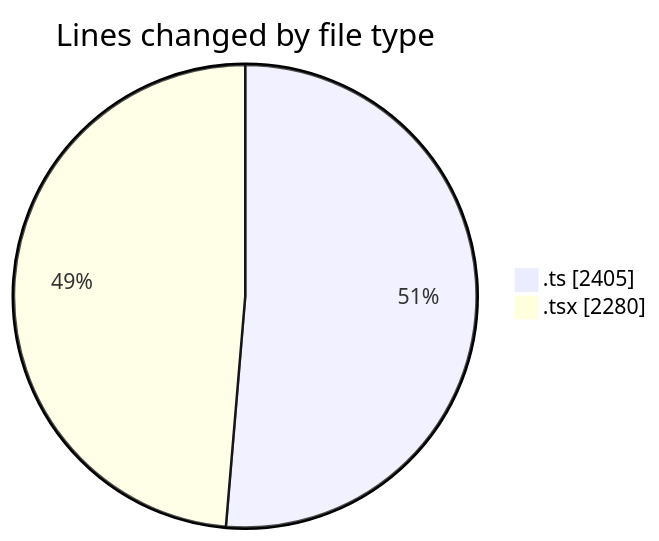
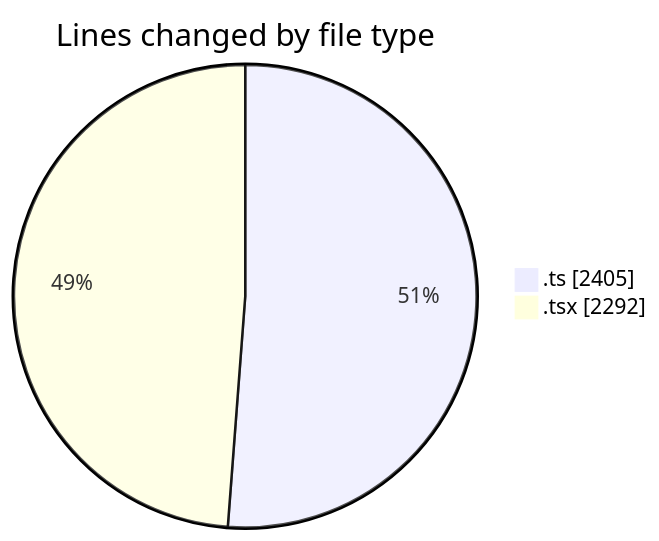
The first of 2 diagrams in 2026-03-13/nxtqube_webapp/README.md (nxtqubesakshisongat/code-tracking), drawn with Mermaid before and after one commit. The commit also changed other lines of this file and 1 other file, not shown here.

````diff
--- a/2026-03-13/nxtqube_webapp/README.md
+++ b/2026-03-13/nxtqube_webapp/README.md
@@ -24,6 +24,6 @@
 ```mermaid
 pie showData
 title Lines changed by file type
 ".ts" : 2405
-".tsx" : 2280
+".tsx" : 2292
 ```
````
